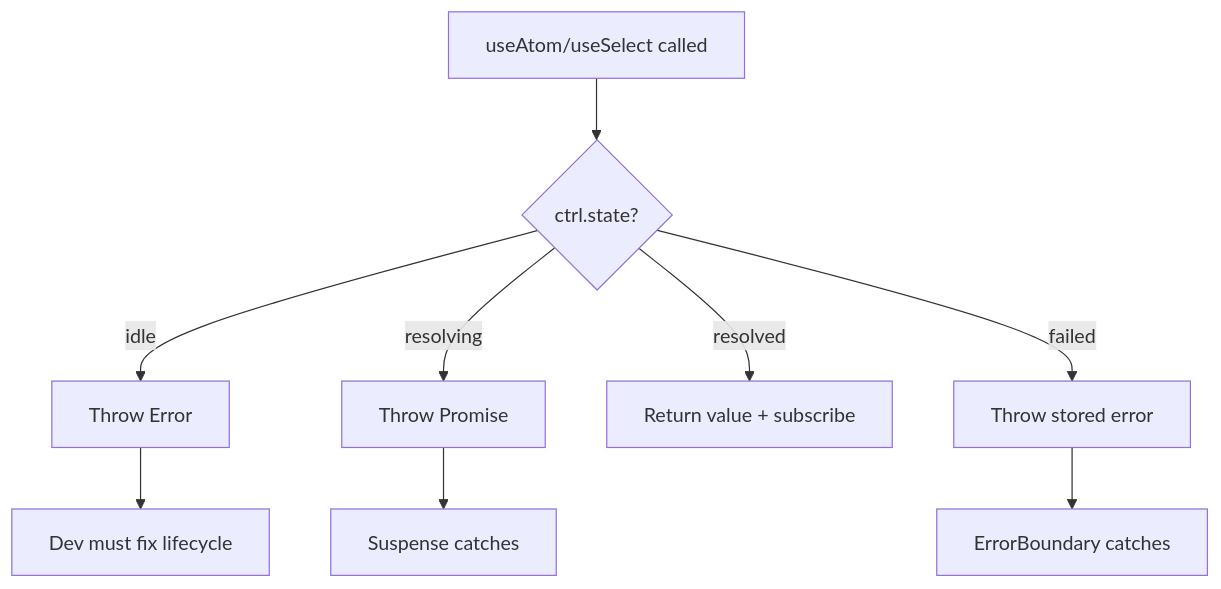
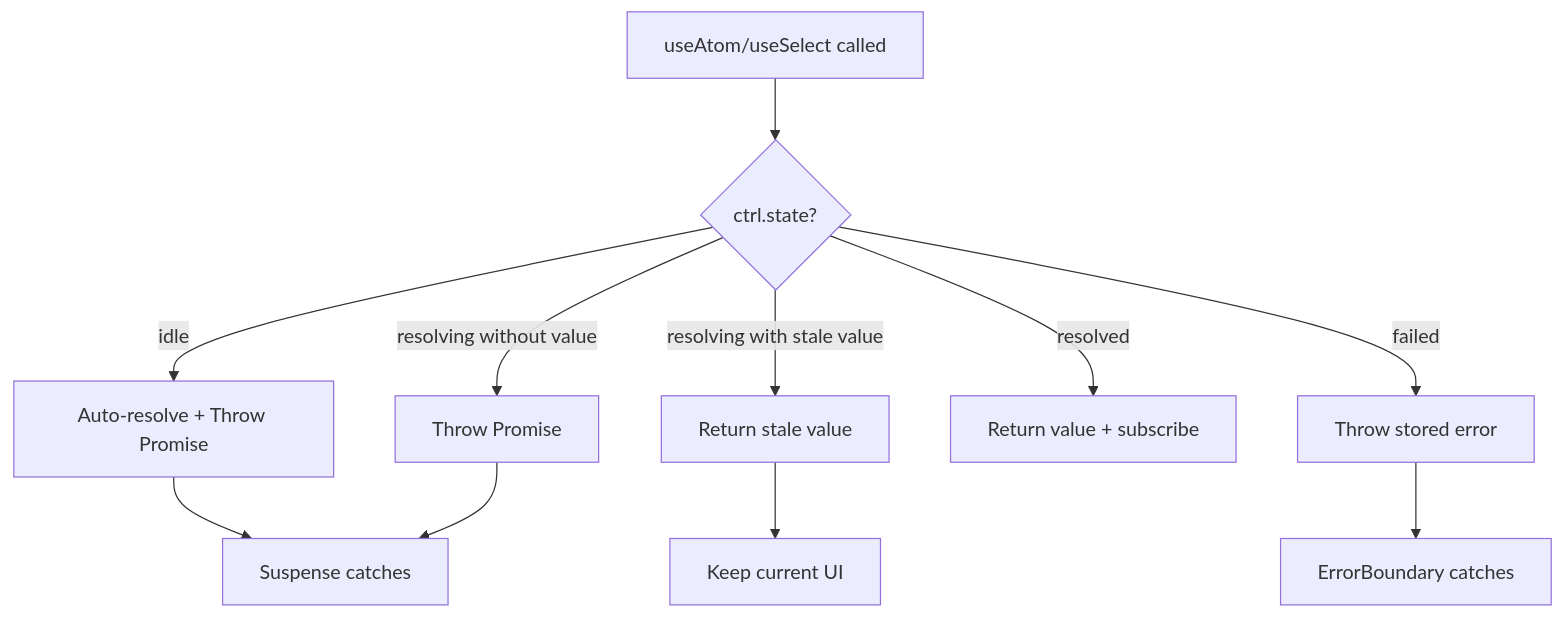
The second of 2 diagrams in .c3/c3-3-lite-react/README.md (pumped-fn/pumped-fn), drawn with Mermaid before and after one commit. The commit also changed other lines of this file and 39 other files, not shown here.

````diff
--- a/.c3/c3-3-lite-react/README.md
+++ b/.c3/c3-3-lite-react/README.md
@@ -83,14 +97,16 @@
 ```mermaid
 flowchart TD
     Hook[useAtom/useSelect called]
     Hook --> CheckState{ctrl.state?}
 
-    CheckState -->|idle| ThrowError[Throw Error]
-    CheckState -->|resolving| ThrowPromise[Throw Promise]
+    CheckState -->|idle| AutoResolve[Auto-resolve + Throw Promise]
+    CheckState -->|resolving with stale value| ReturnStale[Return stale value]
+    CheckState -->|resolving without value| ThrowPromise[Throw Promise]
     CheckState -->|resolved| ReturnValue[Return value + subscribe]
     CheckState -->|failed| ThrowStored[Throw stored error]
 
+    AutoResolve --> Suspense[Suspense catches]
     ThrowPromise --> Suspense[Suspense catches]
     ThrowStored --> ErrorBoundary[ErrorBoundary catches]
-    ThrowError --> DevError[Dev must fix lifecycle]
+    ReturnStale --> Render[Keep current UI]
 ```
````
